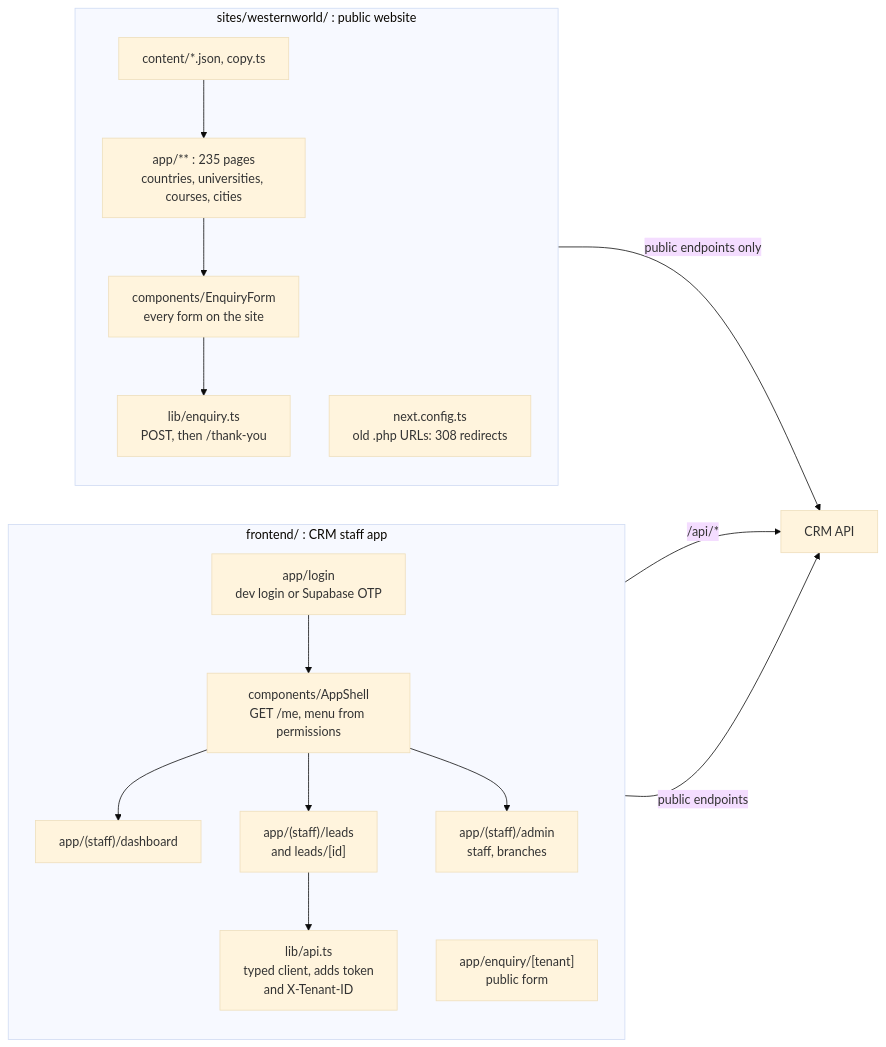
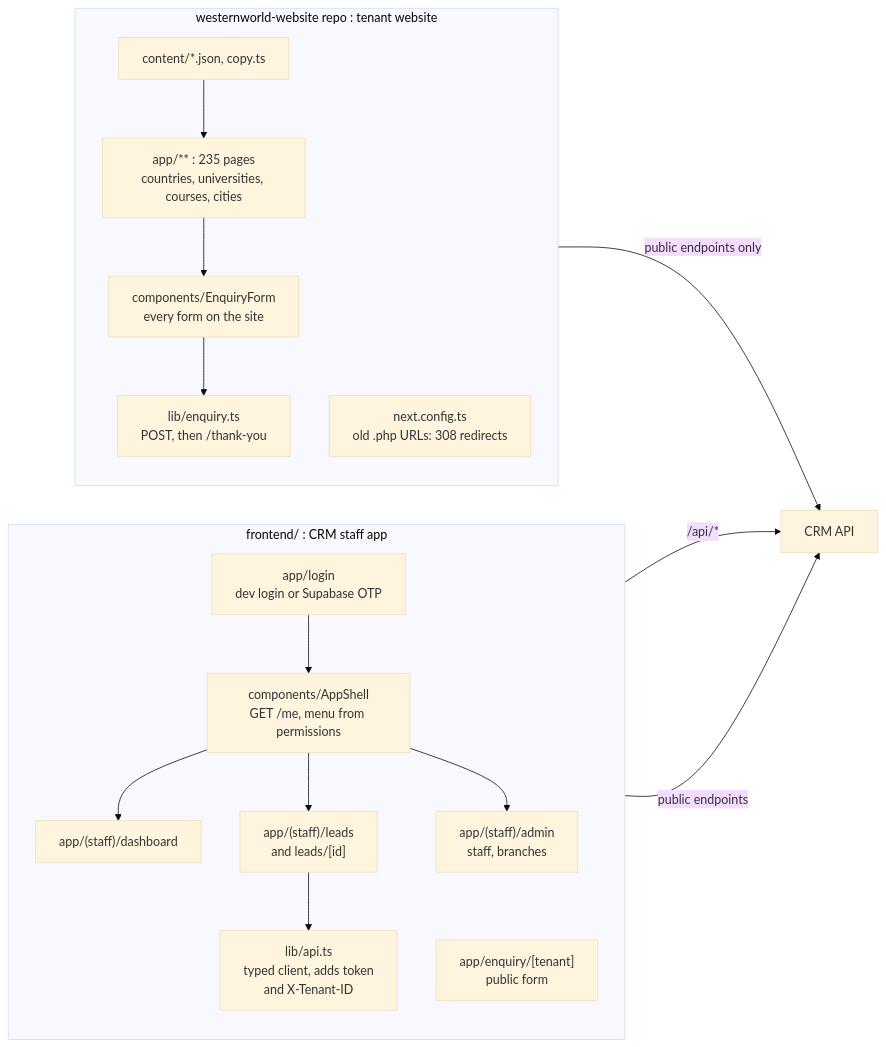
The seventh of 28 diagrams in docs/flows.md (codewithnmn/softzenith-crm), drawn with Mermaid (base theme) before and after one commit. The commit also changed other lines of this file and 181 other files, not shown here.

First line of the commit message:
chore: move the Western World website to its own repo (MOVE1)

````diff
--- a/docs/flows.md
+++ b/docs/flows.md
@@ -293,22 +293,22 @@
 ```mermaid
 flowchart LR
   subgraph STAFF["frontend/ : CRM staff app"]
     direction TB
     LG["app/login<br/>dev login or Supabase OTP"] --> SH["components/AppShell<br/>GET /me, menu from permissions"]
     SH --> P1["app/(staff)/dashboard"]
     SH --> P2["app/(staff)/leads<br/>and leads/[id]"]
     SH --> P3["app/(staff)/admin<br/>staff, branches"]
     P2 --> CL["lib/api.ts<br/>typed client, adds token<br/>and X-Tenant-ID"]
     EQ["app/enquiry/[tenant]<br/>public form"]
   end
-  subgraph SITE["sites/westernworld/ : public website"]
+  subgraph SITE["westernworld-website repo : tenant website"]
     direction TB
     CT["content/*.json, copy.ts"] --> PG["app/** : 235 pages<br/>countries, universities, courses, cities"]
     PG --> EF["components/EnquiryForm<br/>every form on the site"]
     EF --> LE["lib/enquiry.ts<br/>POST, then /thank-you"]
     RD["next.config.ts<br/>old .php URLs: 308 redirects"]
   end
   CL -->|"/api/*"| BE["CRM API"]
   EQ -->|"public endpoints"| BE
   LE -->|"public endpoints only"| BE
 ```
````
